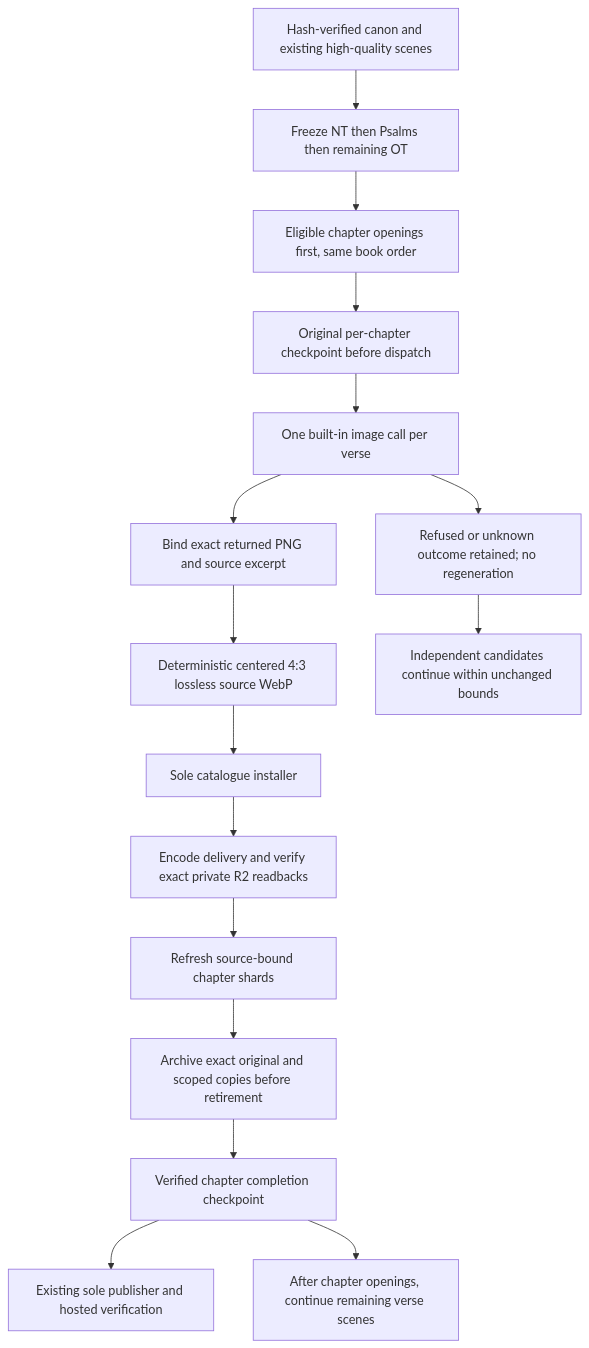
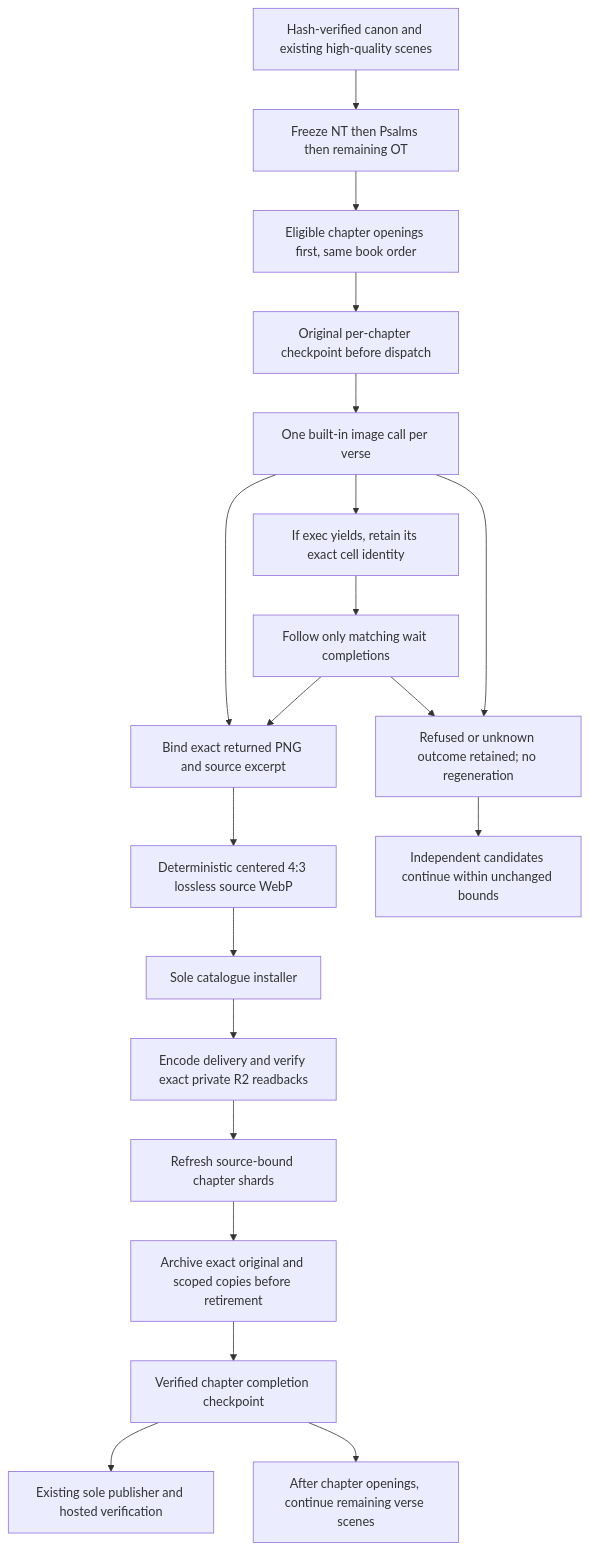
Before and after one commit to loveJesus/visual-biblical-language-reader-chirho: the diagram in spec-chirho/workflows-chirho/scene-upgrades-chirho.md, drawn with Mermaid. The commit also changed other lines of this file and 54 other files, not shown here.

````diff
--- a/spec-chirho/workflows-chirho/scene-upgrades-chirho.md
+++ b/spec-chirho/workflows-chirho/scene-upgrades-chirho.md
@@ -7,18 +7,22 @@
 ```mermaid
 flowchart TD
   source_chirho[Hash-verified canon and existing high-quality scenes] --> inventory_chirho[Freeze NT then Psalms then remaining OT]
   inventory_chirho --> priority_chirho[Eligible chapter openings first, same book order]
   priority_chirho --> reserve_chirho[Original per-chapter checkpoint before dispatch]
   reserve_chirho --> artist_chirho[One built-in image call per verse]
   artist_chirho --> original_chirho[Bind exact returned PNG and source excerpt]
+  artist_chirho --> async_chirho[If exec yields, retain its exact cell identity]
+  async_chirho --> wait_chirho[Follow only matching wait completions]
+  wait_chirho --> original_chirho
+  wait_chirho --> hold_chirho
   artist_chirho --> hold_chirho[Refused or unknown outcome retained; no regeneration]
   original_chirho --> convert_chirho[Deterministic centered 4:3 lossless source WebP]
   convert_chirho --> install_chirho[Sole catalogue installer]
   install_chirho --> archive_chirho[Encode delivery and verify exact private R2 readbacks]
   archive_chirho --> shards_chirho[Refresh source-bound chapter shards]
   shards_chirho --> retire_chirho[Archive exact original and scoped copies before retirement]
   retire_chirho --> checkpoint_chirho[Verified chapter completion checkpoint]
   checkpoint_chirho --> publisher_chirho[Existing sole publisher and hosted verification]
   checkpoint_chirho --> remaining_chirho[After chapter openings, continue remaining verse scenes]
   hold_chirho --> next_chirho[Independent candidates continue within unchanged bounds]
 ```
````
